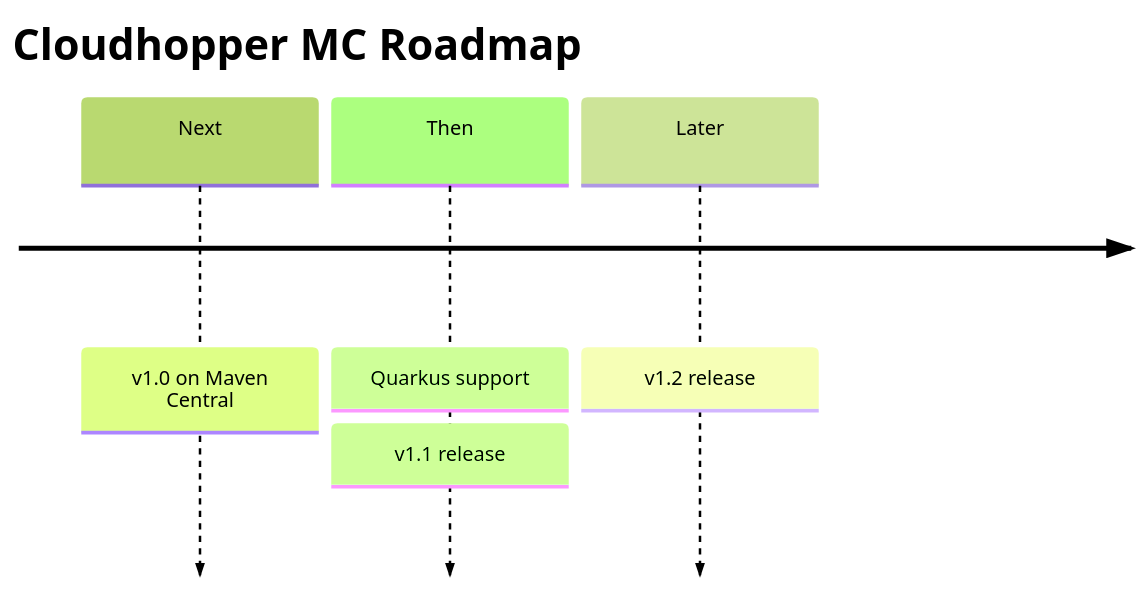
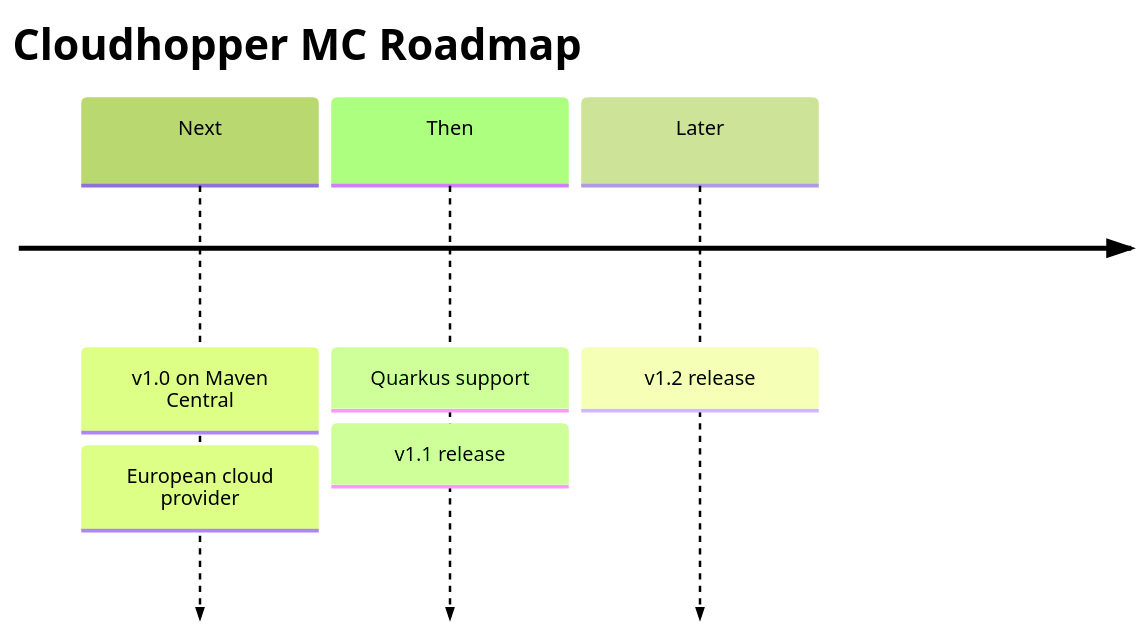
The diagram in docs/docs/roadmap.mdx (dukehoff-gmbh/dukehoff-cloudhopper), drawn with Mermaid (forest theme) before and after one commit. The commit also changed 6 other files, not shown here.

````diff
--- a/docs/docs/roadmap.mdx
+++ b/docs/docs/roadmap.mdx
@@ -11,8 +11,9 @@
 ```mermaid
 timeline
   title Cloudhopper MC Roadmap
   Next : v1.0 on Maven Central
+       : European cloud provider
   Then : Quarkus support
        : v1.1 release
   Later : v1.2 release
 ```
````
